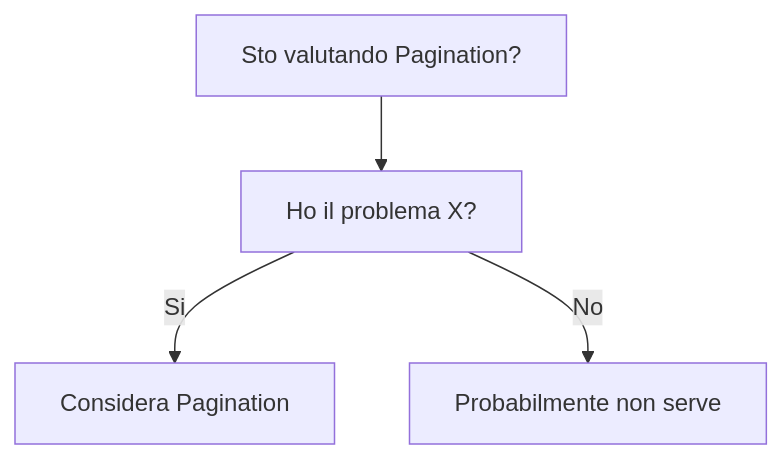
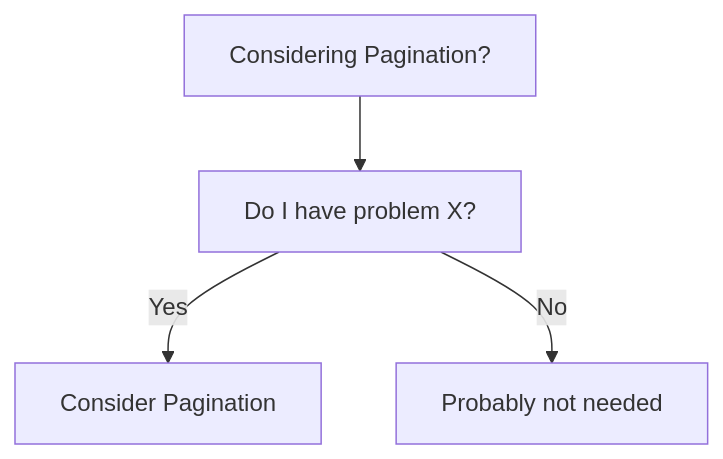
Before and after one commit to HxT9/Software-Dev-Wiki: the diagram in dev-wiki/11_Performance/Pagination/When_To_Use.md, drawn with Mermaid. The commit also changed other lines of this file and 3444 other files, not shown here.

````diff
--- a/dev-wiki/11_Performance/Pagination/When_To_Use.md
+++ b/dev-wiki/11_Performance/Pagination/When_To_Use.md
@@ -19,6 +19,6 @@
 ```mermaid
 flowchart TD
-  Q[Sto valutando Pagination?] --> Q1[Ho il problema X?]
-  Q1 -->|Si| OK[Considera Pagination]
-  Q1 -->|No| NO[Probabilmente non serve]
+  Q[Considering Pagination?] --> Q1[Do I have problem X?]
+  Q1 -->|Yes| OK[Consider Pagination]
+  Q1 -->|No| NO[Probably not needed]
 ```
````
